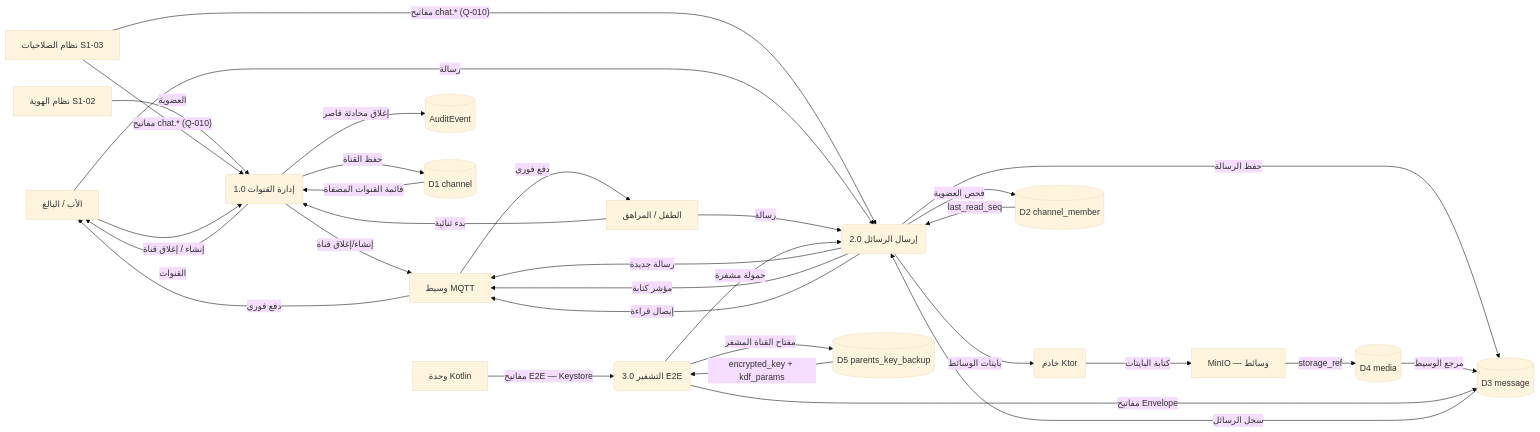
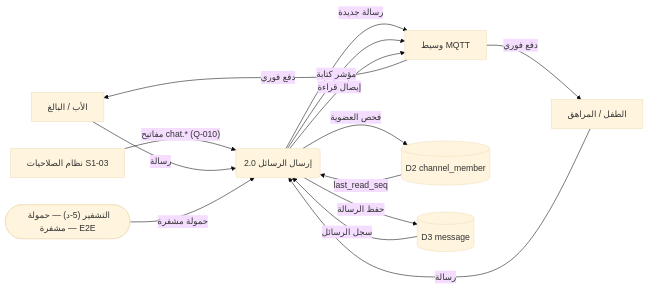
Diagram 19 of 27 in docs/family-os/governance/phases/phase-1/S1-08-chat-basic/DIAGRAMS.md (Bassam-mohammed-alqaeadi/family-os-v2), drawn with Mermaid (base theme) before and after one commit. The commit also changed other lines of this file, not shown here.

````diff
--- a/docs/family-os/governance/phases/phase-1/S1-08-chat-basic/DIAGRAMS.md
+++ b/docs/family-os/governance/phases/phase-1/S1-08-chat-basic/DIAGRAMS.md
@@ -572,51 +743,25 @@
 ```mermaid
 flowchart LR
     Father[الأب / البالغ]
     Minor[الطفل / المراهق]
-    S102[نظام الهوية S1-02]
     S103[نظام الصلاحيات S1-03]
     MQTT[وسيط MQTT]
-    MinIO[MinIO — وسائط]
-    Kotlin[وحدة Kotlin]
-    Ktor(خادم Ktor)
-    Audit[(AuditEvent)]
-    P1(1.0 إدارة القنوات)
     P2(2.0 إرسال الرسائل)
-    P3(3.0 التشفير E2E)
-    D1[(D1 channel)]
+    P3x(["التشفير (5-د) — حمولة مشفرة — E2E"])
     D2[(D2 channel_member)]
     D3[(D3 message)]
-    D4[(D4 media)]
-    D5[(D5 parents_key_backup)]
 
-    S102 -->|العضوية| P1
-    S103 -->|"مفاتيح chat.* (Q-010)"| P1
     S103 -->|"مفاتيح chat.* (Q-010)"| P2
-    Father -->|إنشاء / إغلاق قناة| P1
-    Minor -->|بدء ثنائية| P1
-    P1 -->|حفظ القناة| D1
-    D1 -->|قائمة القنوات المصفاة| P1
-    P1 -->|القنوات| Father
     Father -->|رسالة| P2
     Minor -->|رسالة| P2
     P2 -->|فحص العضوية| D2
     D2 -->|last_read_seq| P2
     P2 -->|حفظ الرسالة| D3
     D3 -->|سجل الرسائل| P2
     P2 -->|رسالة جديدة| MQTT
     P2 -->|مؤشر كتابة| MQTT
     P2 -->|إيصال قراءة| MQTT
-    P1 -->|إنشاء/إغلاق قناة| MQTT
     MQTT -->|دفع فوري| Father
     MQTT -->|دفع فوري| Minor
-    P2 -->|بايتات الوسائط| Ktor
-    Ktor -->|كتابة البايتات| MinIO
-    MinIO -->|storage_ref| D4
-    D4 -->|مرجع الوسيط| D3
-    P3 -->|مفاتيح Envelope| D3
-    P3 -->|مفتاح القناة المشفر| D5
-    D5 -->|encrypted_key + kdf_params| P3
-    Kotlin -->|مفاتيح E2E — Keystore| P3
-    P3 -->|حمولة مشفرة| P2
-    P1 -->|إغلاق محادثة قاصر| Audit
+    P3x -->|حمولة مشفرة| P2
 ```
````
